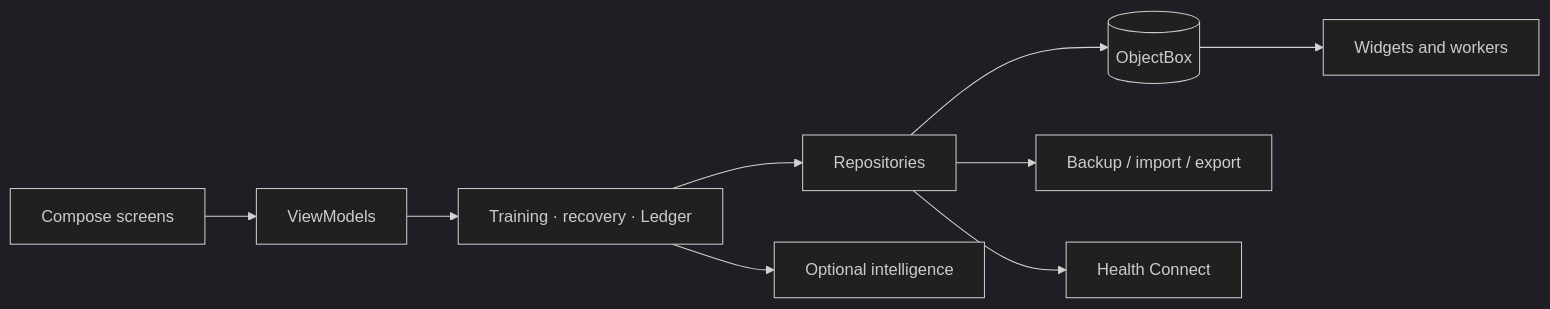
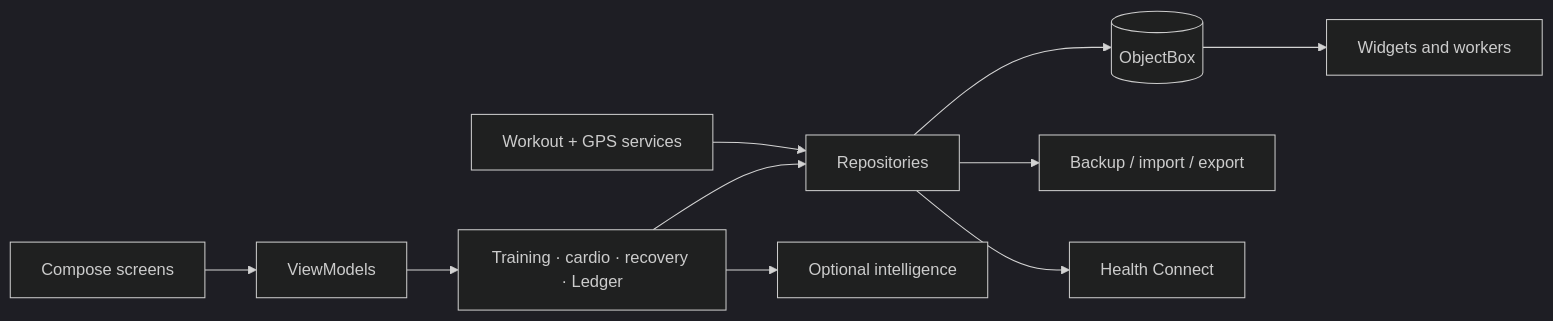
Before and after one commit to Yannam-Builds/Ironlog: the diagram in README.md, drawn with Mermaid (dark theme). The commit also changed other lines of this file and 2 other files, not shown here.

First line of the commit message:
Refresh README feature tour and training artwork (#19)

````diff
--- a/README.md
+++ b/README.md
@@ -76,11 +132,12 @@
 ```mermaid
 flowchart LR
     UI["Compose screens"] --> STATE["ViewModels"]
-    STATE --> DOMAIN["Training · recovery · Ledger"]
+    STATE --> DOMAIN["Training · cardio · recovery · Ledger"]
     DOMAIN --> DATA["Repositories"]
     DATA --> DB[("ObjectBox")]
     DATA --> PORT["Backup / import / export"]
     DATA --> HC["Health Connect"]
     DOMAIN --> AI["Optional intelligence"]
+    SVC["Workout + GPS services"] --> DATA
     DB --> WIDGETS["Widgets and workers"]
 ```
````
